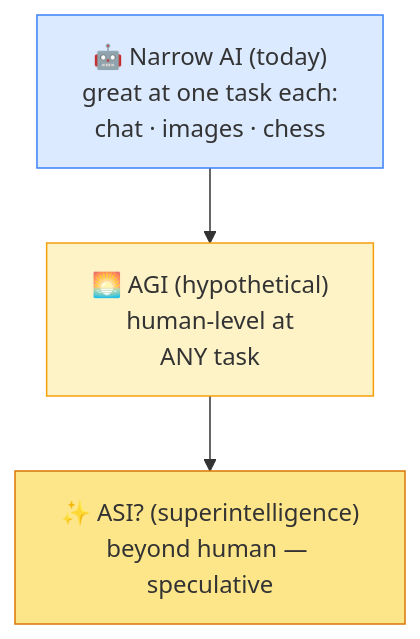
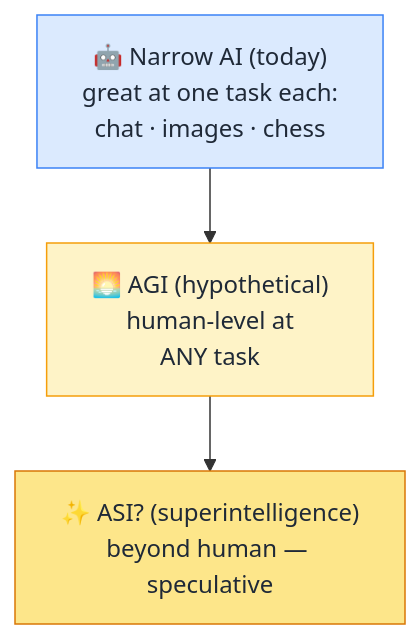
Before and after one commit to behnia137/ai-for-beginners-visual: the diagram in concepts/agi.md, drawn with Mermaid. The commit also changed 32 other files, not shown here.

First line of the commit message:
Fix mermaid box text contrast for dark/light mode

````diff
--- a/concepts/agi.md
+++ b/concepts/agi.md
@@ -7,8 +7,8 @@
 ```mermaid
 flowchart TB
     N["🤖 Narrow AI (today)<br/>great at one task each:<br/>chat · images · chess"] --> G["🌅 AGI (hypothetical)<br/>human-level at<br/>ANY task"]
     G --> S["✨ ASI? (superintelligence)<br/>beyond human — speculative"]
-    style N fill:#dbeafe,stroke:#3b82f6
-    style G fill:#fef3c7,stroke:#f59e0b
-    style S fill:#fde68a,stroke:#d97706
+    style N fill:#dbeafe,stroke:#3b82f6,color:#1f2937
+    style G fill:#fef3c7,stroke:#f59e0b,color:#1f2937
+    style S fill:#fde68a,stroke:#d97706,color:#1f2937
 ```
````
